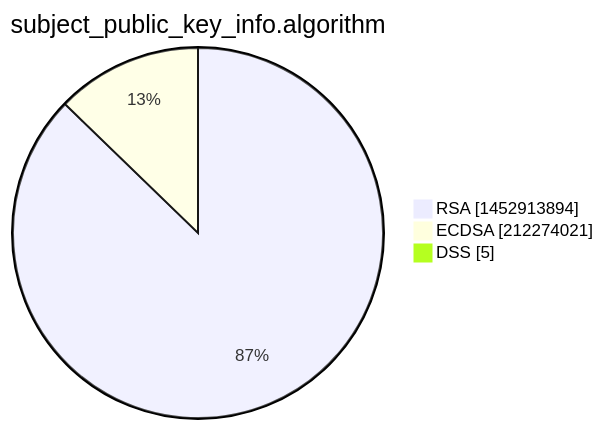
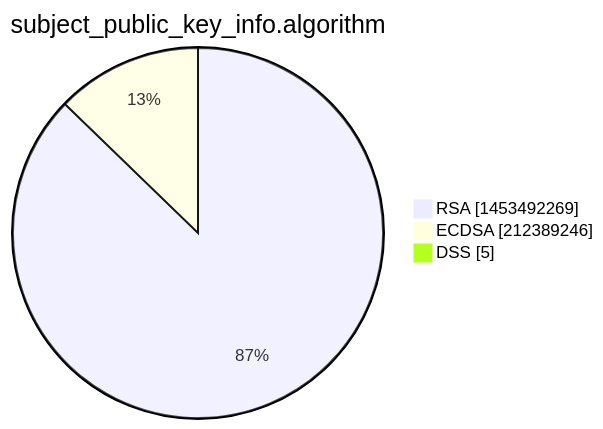
Before and after one commit to christiankrug/ctmonitor_visualization: the third of 15 diagrams in xenon2022/README.md, drawn with Mermaid. The commit also changed other lines of this file, not shown here.

````diff
--- a/xenon2022/README.md
+++ b/xenon2022/README.md
@@ -14,7 +14,7 @@
 ```mermaid
 pie showData
 title subject_public_key_info.algorithm
-"RSA" :1452913894
-"ECDSA" :212274021
+"RSA" :1453492269
+"ECDSA" :212389246
 "DSS" :5
 ```
````
